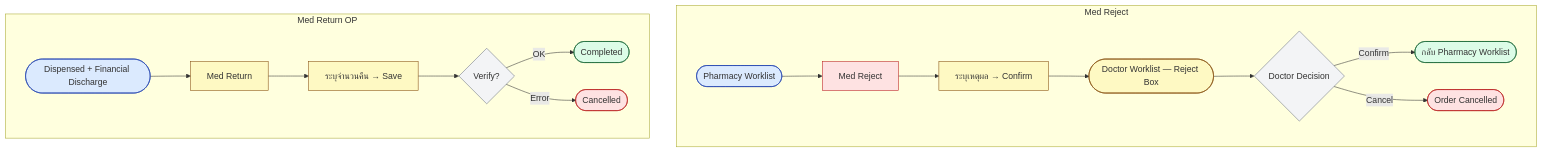
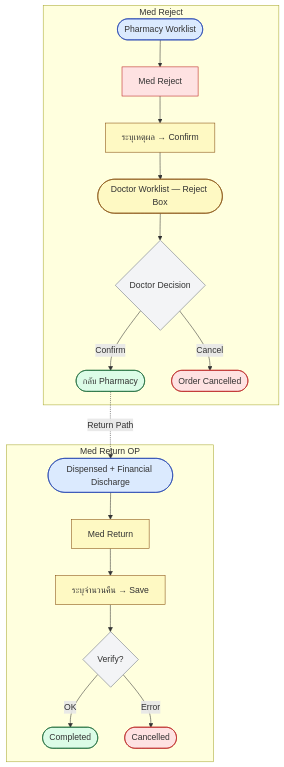
One commit to npnatt12/KMCH-HIS-Wiki changed the diagram in public/charts/pharmacy-med-reject-return-workflow.mmd. Above: the diagram before and after it, drawn with Mermaid. The commit also changed 80 other files, not shown here.

First line of the commit message:
feat(charts): restructure all flowcharts with subgraph phases for balanced layout

```diff
--- a/public/charts/pharmacy-med-reject-return-workflow.mmd
+++ b/public/charts/pharmacy-med-reject-return-workflow.mmd
@@ -1,29 +1,30 @@
 graph TB
-  subgraph Reject[Med Reject]
+  subgraph Reject["Med Reject"]
     A([Pharmacy Worklist]) --> B[Med Reject]
     B --> C[ระบุเหตุผล → Confirm]
     C --> D([Doctor Worklist — Reject Box])
     D --> E{Doctor Decision}
-    E -->|Confirm| F([กลับ Pharmacy Worklist])
+    E -->|Confirm| F([กลับ Pharmacy])
     E -->|Cancel| G([Order Cancelled])
   end
-  subgraph Return[Med Return OP]
+  F -.->|Return Path| H
+  subgraph Return["Med Return OP"]
     H([Dispensed + Financial Discharge]) --> I[Med Return]
     I --> J[ระบุจำนวนคืน → Save]
     J --> K{Verify?}
     K -->|OK| L([Completed])
     K -->|Error| M([Cancelled])
   end
   style A fill:#dbeafe,stroke:#1e40af
   style B fill:#fee2e2,stroke:#b91c1c
   style C fill:#fef9c3,stroke:#854d0e
   style D fill:#fef9c3,stroke:#854d0e
   style E fill:#f3f4f6,stroke:#6b7280
   style F fill:#dcfce7,stroke:#166534
   style G fill:#fee2e2,stroke:#b91c1c
   style H fill:#dbeafe,stroke:#1e40af
   style I fill:#fef9c3,stroke:#854d0e
   style J fill:#fef9c3,stroke:#854d0e
   style K fill:#f3f4f6,stroke:#6b7280
   style L fill:#dcfce7,stroke:#166534
   style M fill:#fee2e2,stroke:#b91c1c
```
